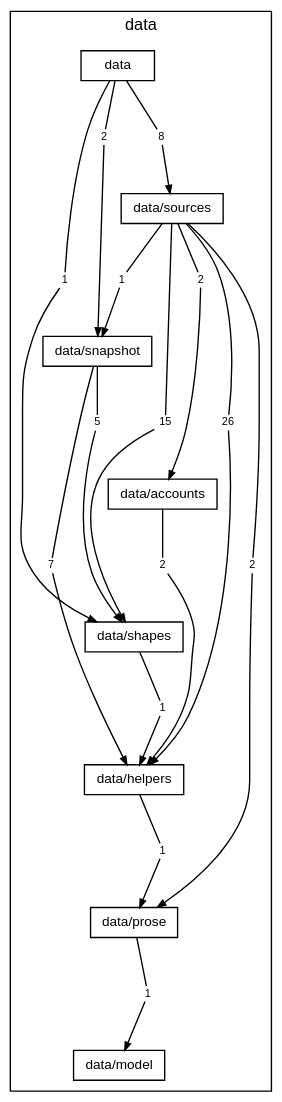
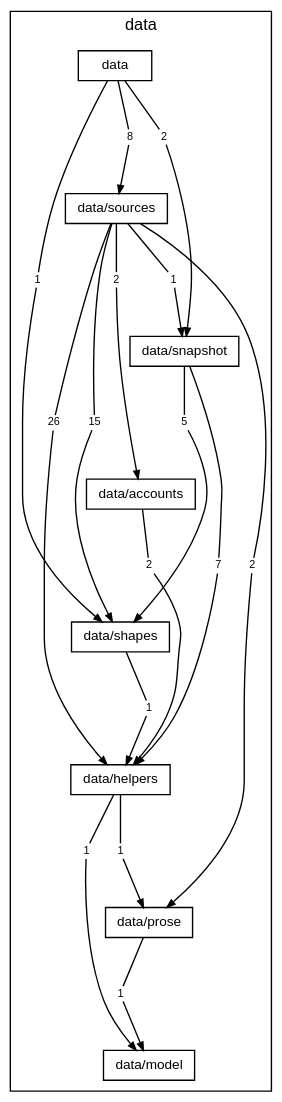
Before and after one commit to TheAxeC/oculus: the diagram in docs/diagrams/layer-data.dot, drawn with Graphviz. The commit also changed 84 other files, not shown here.

```diff
--- a/docs/diagrams/layer-data.dot
+++ b/docs/diagrams/layer-data.dot
@@ -1,65 +1,68 @@
 digraph layer_data {
     graph [bgcolor="transparent", rankdir=TB, newrank=true, mclimit=4, fontname="Helvetica,Arial,sans-serif", fontsize=12, nodesep=0.2, ranksep=0.5];
     node [shape=box, color="black", fontcolor="black", fontname="Helvetica,Arial,sans-serif", fontsize=10, height=0.3, margin="0.12,0.04"];
     edge [color="black", fontcolor="black", fontname="Helvetica,Arial,sans-serif", fontsize=8, arrowsize=0.6];
     subgraph "cluster_data" {
         label="data"; style=solid;
         "folder data" [label="data"];
         "folder data/sources" [label="data/sources"];
         "folder data/snapshot" [label="data/snapshot"];
         "folder data/accounts" [label="data/accounts"];
         "folder data/shapes" [label="data/shapes"];
         "folder data/helpers" [label="data/helpers"];
         "folder data/prose" [label="data/prose"];
         "folder data/model" [label="data/model"];
         "folder data to folder data/shapes" [label="1", shape=box, color="transparent", fontsize=8, width=0, height=0, margin="0.04,0.02"];
         "folder data to folder data/snapshot" [label="2", shape=box, color="transparent", fontsize=8, width=0, height=0, margin="0.04,0.02"];
         "folder data to folder data/sources" [label="8", shape=box, color="transparent", fontsize=8, width=0, height=0, margin="0.04,0.02"];
         "folder data/sources to folder data/accounts" [label="2", shape=box, color="transparent", fontsize=8, width=0, height=0, margin="0.04,0.02"];
         "folder data/sources to folder data/helpers" [label="26", shape=box, color="transparent", fontsize=8, width=0, height=0, margin="0.04,0.02"];
         "folder data/sources to folder data/prose" [label="2", shape=box, color="transparent", fontsize=8, width=0, height=0, margin="0.04,0.02"];
         "folder data/sources to folder data/shapes" [label="15", shape=box, color="transparent", fontsize=8, width=0, height=0, margin="0.04,0.02"];
         "folder data/sources to folder data/snapshot" [label="1", shape=box, color="transparent", fontsize=8, width=0, height=0, margin="0.04,0.02"];
         "folder data/snapshot to folder data/helpers" [label="7", shape=box, color="transparent", fontsize=8, width=0, height=0, margin="0.04,0.02"];
         "folder data/snapshot to folder data/shapes" [label="5", shape=box, color="transparent", fontsize=8, width=0, height=0, margin="0.04,0.02"];
         "folder data/accounts to folder data/helpers" [label="2", shape=box, color="transparent", fontsize=8, width=0, height=0, margin="0.04,0.02"];
         "folder data/shapes to folder data/helpers" [label="1", shape=box, color="transparent", fontsize=8, width=0, height=0, margin="0.04,0.02"];
+        "folder data/helpers to folder data/model" [label="1", shape=box, color="transparent", fontsize=8, width=0, height=0, margin="0.04,0.02"];
         "folder data/helpers to folder data/prose" [label="1", shape=box, color="transparent", fontsize=8, width=0, height=0, margin="0.04,0.02"];
         "folder data/prose to folder data/model" [label="1", shape=box, color="transparent", fontsize=8, width=0, height=0, margin="0.04,0.02"];
     }
     "folder data" -> "folder data/sources" [style=invis, weight=10, minlen=2];
     "folder data/sources" -> "folder data/snapshot" [style=invis, weight=10, minlen=2];
     "folder data/snapshot" -> "folder data/accounts" [style=invis, weight=10, minlen=2];
     "folder data/accounts" -> "folder data/shapes" [style=invis, weight=10, minlen=2];
     "folder data/shapes" -> "folder data/helpers" [style=invis, weight=10, minlen=2];
     "folder data/helpers" -> "folder data/prose" [style=invis, weight=10, minlen=2];
     "folder data/prose" -> "folder data/model" [style=invis, weight=10, minlen=2];
     "folder data" -> "folder data to folder data/shapes" [arrowhead=none, minlen=3, weight=10];
     "folder data to folder data/shapes" -> "folder data/shapes" [];
     "folder data" -> "folder data to folder data/snapshot" [arrowhead=none, minlen=1, weight=10];
     "folder data to folder data/snapshot" -> "folder data/snapshot" [];
     "folder data" -> "folder data to folder data/sources" [arrowhead=none, minlen=1, weight=10];
     "folder data to folder data/sources" -> "folder data/sources" [];
     "folder data/sources" -> "folder data/sources to folder data/accounts" [arrowhead=none, minlen=1, weight=10];
     "folder data/sources to folder data/accounts" -> "folder data/accounts" [];
     "folder data/sources" -> "folder data/sources to folder data/helpers" [arrowhead=none, minlen=3, weight=10];
     "folder data/sources to folder data/helpers" -> "folder data/helpers" [];
     "folder data/sources" -> "folder data/sources to folder data/prose" [arrowhead=none, minlen=5, weight=10];
     "folder data/sources to folder data/prose" -> "folder data/prose" [];
     "folder data/sources" -> "folder data/sources to folder data/shapes" [arrowhead=none, minlen=3, weight=10];
     "folder data/sources to folder data/shapes" -> "folder data/shapes" [];
     "folder data/sources" -> "folder data/sources to folder data/snapshot" [arrowhead=none, minlen=1, weight=10];
     "folder data/sources to folder data/snapshot" -> "folder data/snapshot" [];
     "folder data/snapshot" -> "folder data/snapshot to folder data/helpers" [arrowhead=none, minlen=3, weight=10];
     "folder data/snapshot to folder data/helpers" -> "folder data/helpers" [];
     "folder data/snapshot" -> "folder data/snapshot to folder data/shapes" [arrowhead=none, minlen=1, weight=10];
     "folder data/snapshot to folder data/shapes" -> "folder data/shapes" [];
     "folder data/accounts" -> "folder data/accounts to folder data/helpers" [arrowhead=none, minlen=1, weight=10];
     "folder data/accounts to folder data/helpers" -> "folder data/helpers" [];
     "folder data/shapes" -> "folder data/shapes to folder data/helpers" [arrowhead=none, minlen=1, weight=10];
     "folder data/shapes to folder data/helpers" -> "folder data/helpers" [];
+    "folder data/helpers" -> "folder data/helpers to folder data/model" [arrowhead=none, minlen=1, weight=10];
+    "folder data/helpers to folder data/model" -> "folder data/model" [];
     "folder data/helpers" -> "folder data/helpers to folder data/prose" [arrowhead=none, minlen=1, weight=10];
     "folder data/helpers to folder data/prose" -> "folder data/prose" [];
     "folder data/prose" -> "folder data/prose to folder data/model" [arrowhead=none, minlen=1, weight=10];
     "folder data/prose to folder data/model" -> "folder data/model" [];
 }
```
